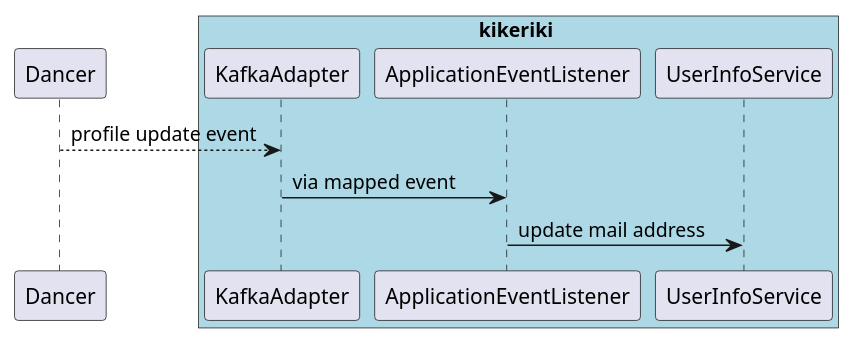
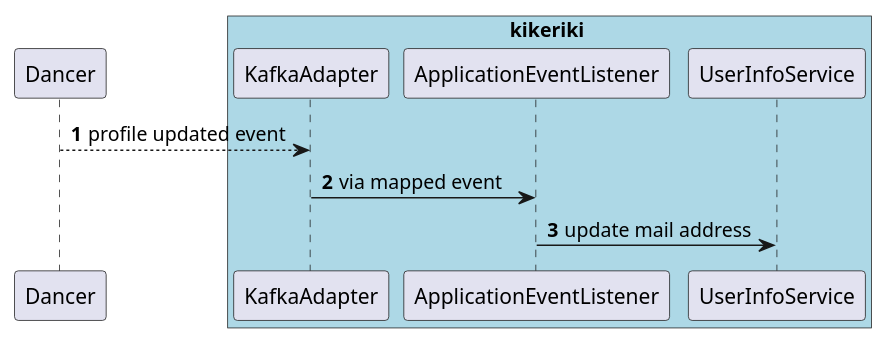
Before and after one commit to dancier/documentation: the fifth of 7 diagrams in src/main/jbake/content/documentation/arc42/src/06_runtime_view.adoc, drawn with PlantUML. The commit also changed other lines of this file, not shown here.

```diff
--- a/src/main/jbake/content/documentation/arc42/src/06_runtime_view.adoc
+++ b/src/main/jbake/content/documentation/arc42/src/06_runtime_view.adoc
@@ -123,18 +131,20 @@
 [plantuml, kikeriki-mail-addresses, svg]
 ....
 @startuml
 
 participant Dancer
 
 box kikeriki #LightBlue
 participant KafkaAdapter
 participant ApplicationEventListener
 participant UserInfoService
 end box
 
-Dancer --> KafkaAdapter: profile update event
+autonumber
+
+Dancer --> KafkaAdapter: profile updated event
 KafkaAdapter -> ApplicationEventListener: via mapped event
 ApplicationEventListener -> UserInfoService: update mail address
 
 @enduml
 ....
```
